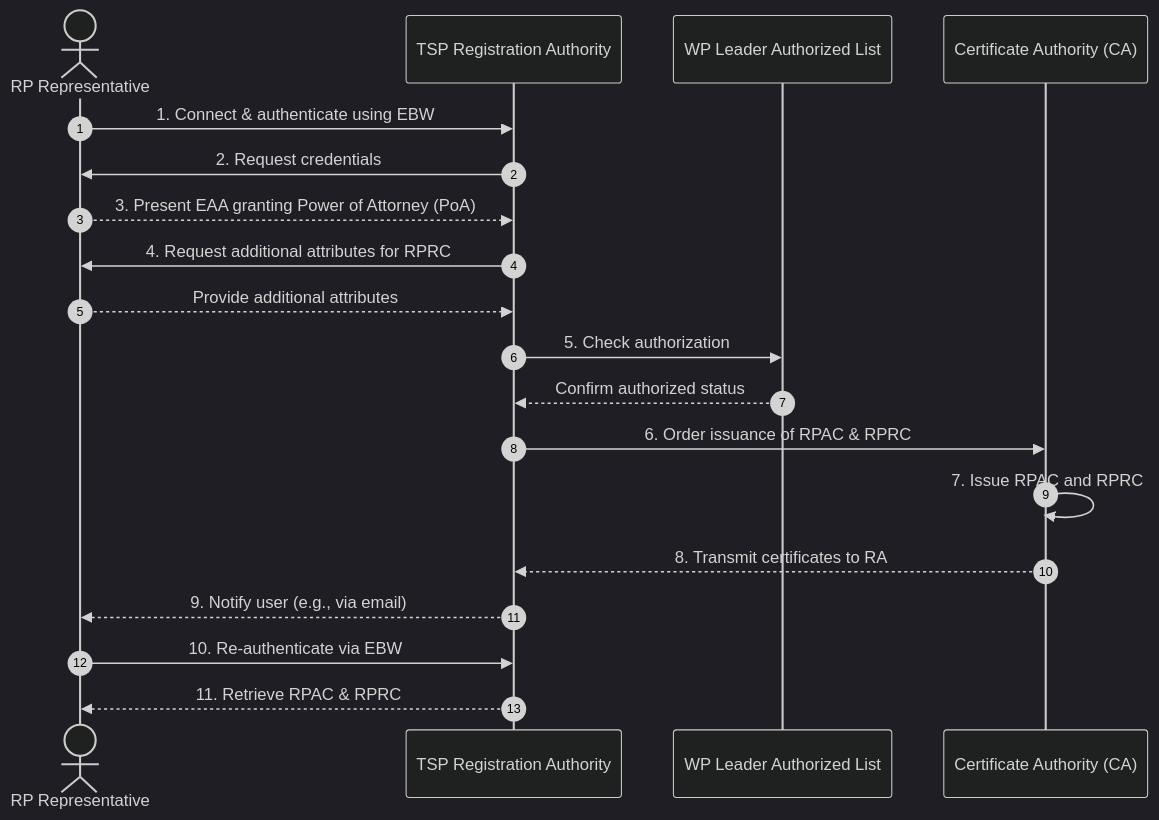
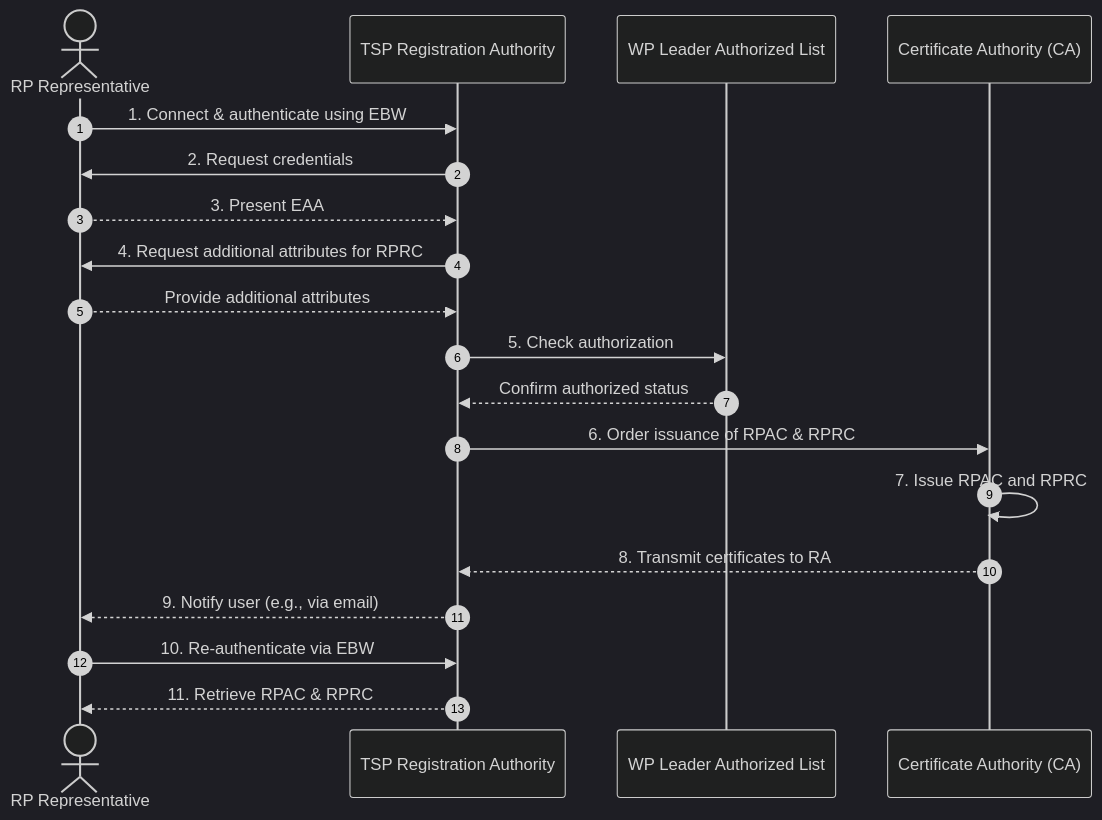
The first of 2 diagrams in conformance-specs/cs-13-intermediary-services-preflight.md (webuild-consortium/wp4-architecture), drawn with Mermaid (dark theme) before and after one commit.

````diff
--- a/conformance-specs/cs-13-intermediary-services-preflight.md
+++ b/conformance-specs/cs-13-intermediary-services-preflight.md
@@ -79,22 +79,22 @@
 ```mermaid
 sequenceDiagram
     autonumber
     actor User as RP Representative
     participant RA as TSP Registration Authority
     participant List as WP Leader Authorized List
     participant CA as Certificate Authority (CA)
 
     User->>RA: 1. Connect & authenticate using EBW
     RA->>User: 2. Request credentials
-    User-->>RA: 3. Present EAA granting Power of Attorney (PoA)
+    User-->>RA: 3. Present EAA 
     RA->>User: 4. Request additional attributes for RPRC
     User-->>RA: Provide additional attributes
     RA->>List: 5. Check authorization
     List-->>RA: Confirm authorized status
     RA->>CA: 6. Order issuance of RPAC & RPRC
     CA->>CA: 7. Issue RPAC and RPRC
     CA-->>RA: 8. Transmit certificates to RA
     RA-->>User: 9. Notify user (e.g., via email)
     User->>RA: 10. Re-authenticate via EBW
     RA-->>User: 11. Retrieve RPAC & RPRC
 ```
````
